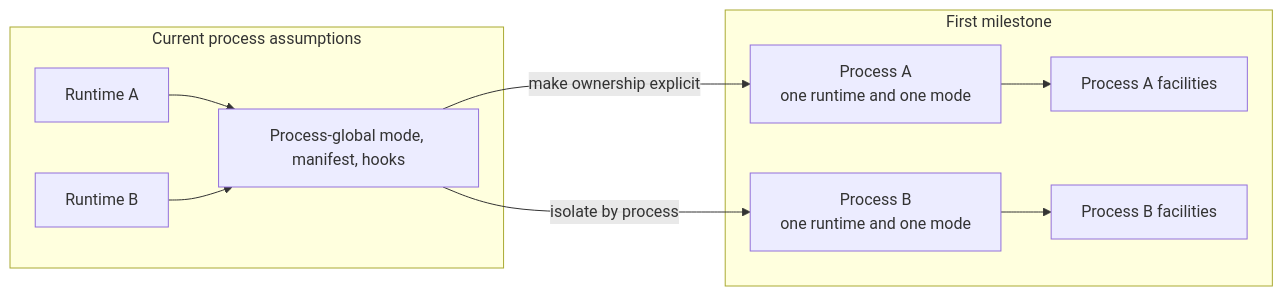
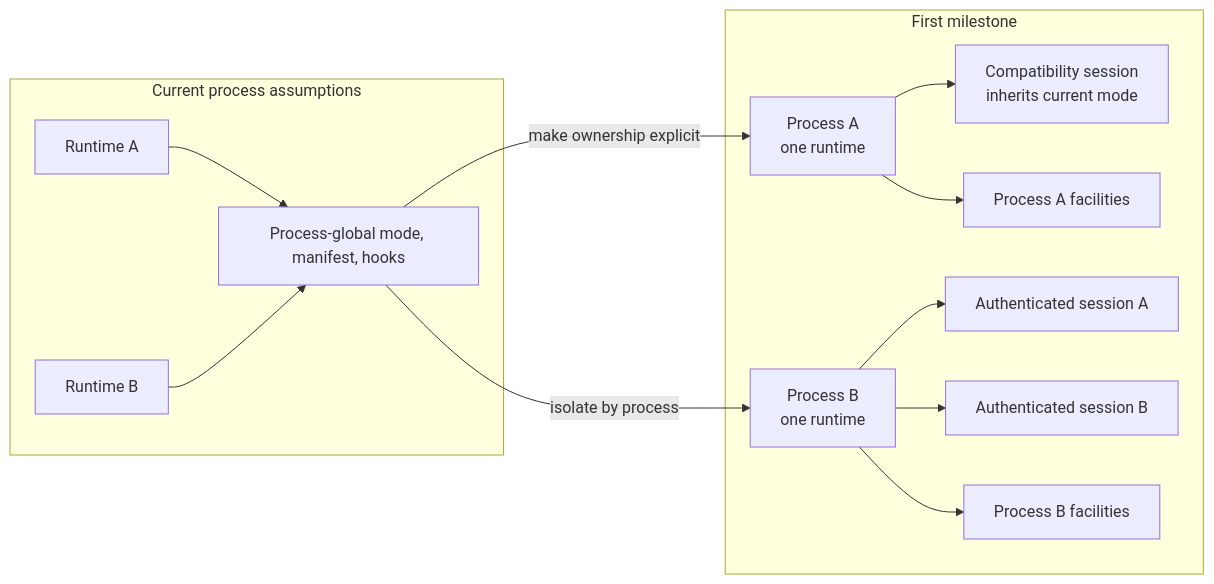
Before and after one commit to trycua/cua: the fourth of 8 diagrams in rfcs/2549-cua-driver-sdk-owned-runtime.md, drawn with Mermaid. The commit also changed other lines of this file and 1 other file, not shown here.

Commit message:
docs: make permission modes portable session contexts

````diff
--- a/rfcs/2549-cua-driver-sdk-owned-runtime.md
+++ b/rfcs/2549-cua-driver-sdk-owned-runtime.md
@@ -444,20 +486,26 @@
 ```mermaid
 flowchart LR
     subgraph Current["Current process assumptions"]
         GLOBAL["Process-global mode, manifest, hooks"]
         A1["Runtime A"] --> GLOBAL
         B1["Runtime B"] --> GLOBAL
     end
 
     subgraph FirstMilestone["First milestone"]
-        P1["Process A<br/>one runtime and one mode"]
-        P2["Process B<br/>one runtime and one mode"]
+        P1["Process A<br/>one runtime"]
+        C1["Compatibility session<br/>inherits current mode"]
+        P2["Process B<br/>one runtime"]
+        S1["Authenticated session A"]
+        S2["Authenticated session B"]
         F1["Process A facilities"]
         F2["Process B facilities"]
+        P1 --> C1
+        P2 --> S1
+        P2 --> S2
         P1 --> F1
         P2 --> F2
     end
 
     GLOBAL -->|"make ownership explicit"| P1
     GLOBAL -->|"isolate by process"| P2
 ```
````
